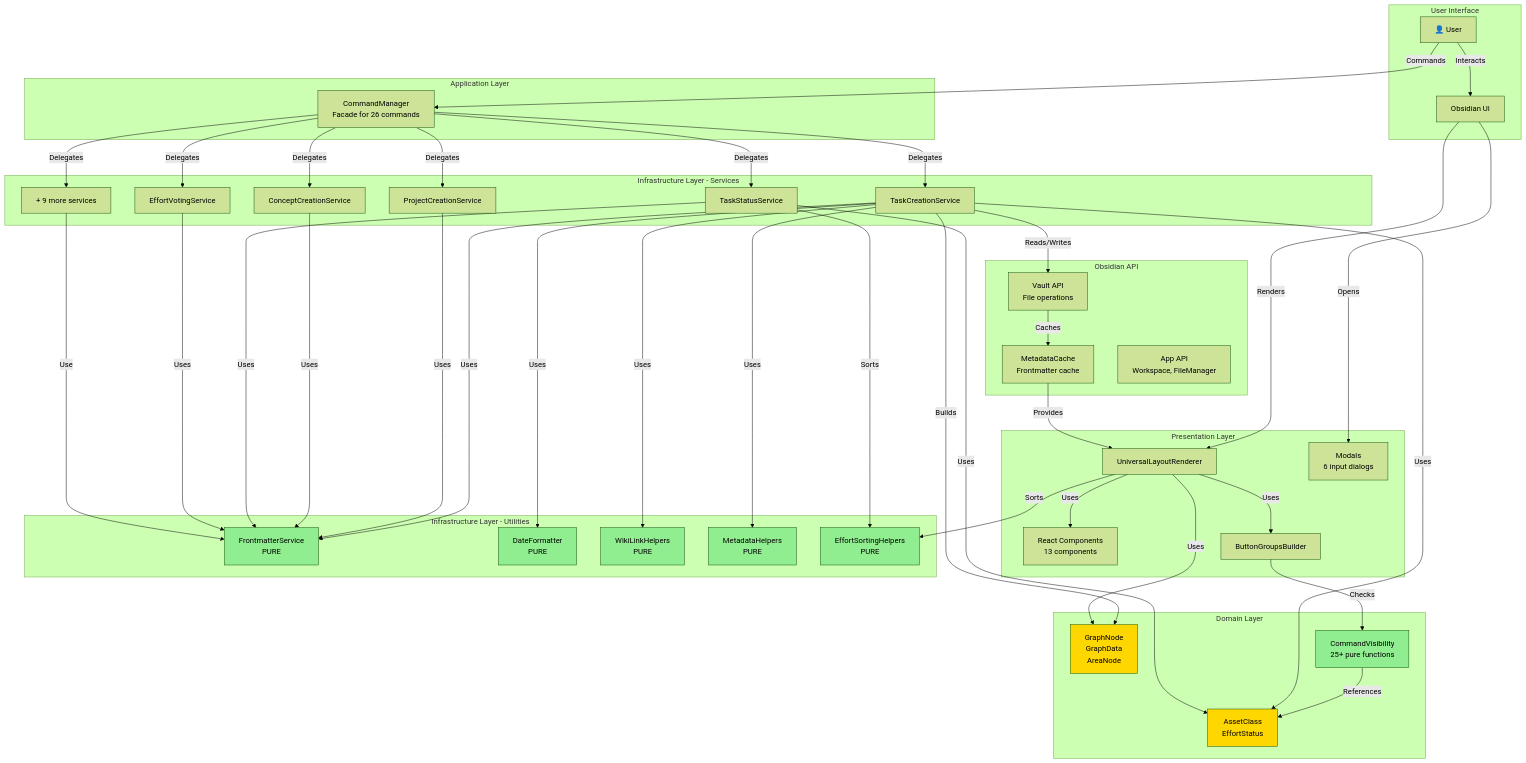
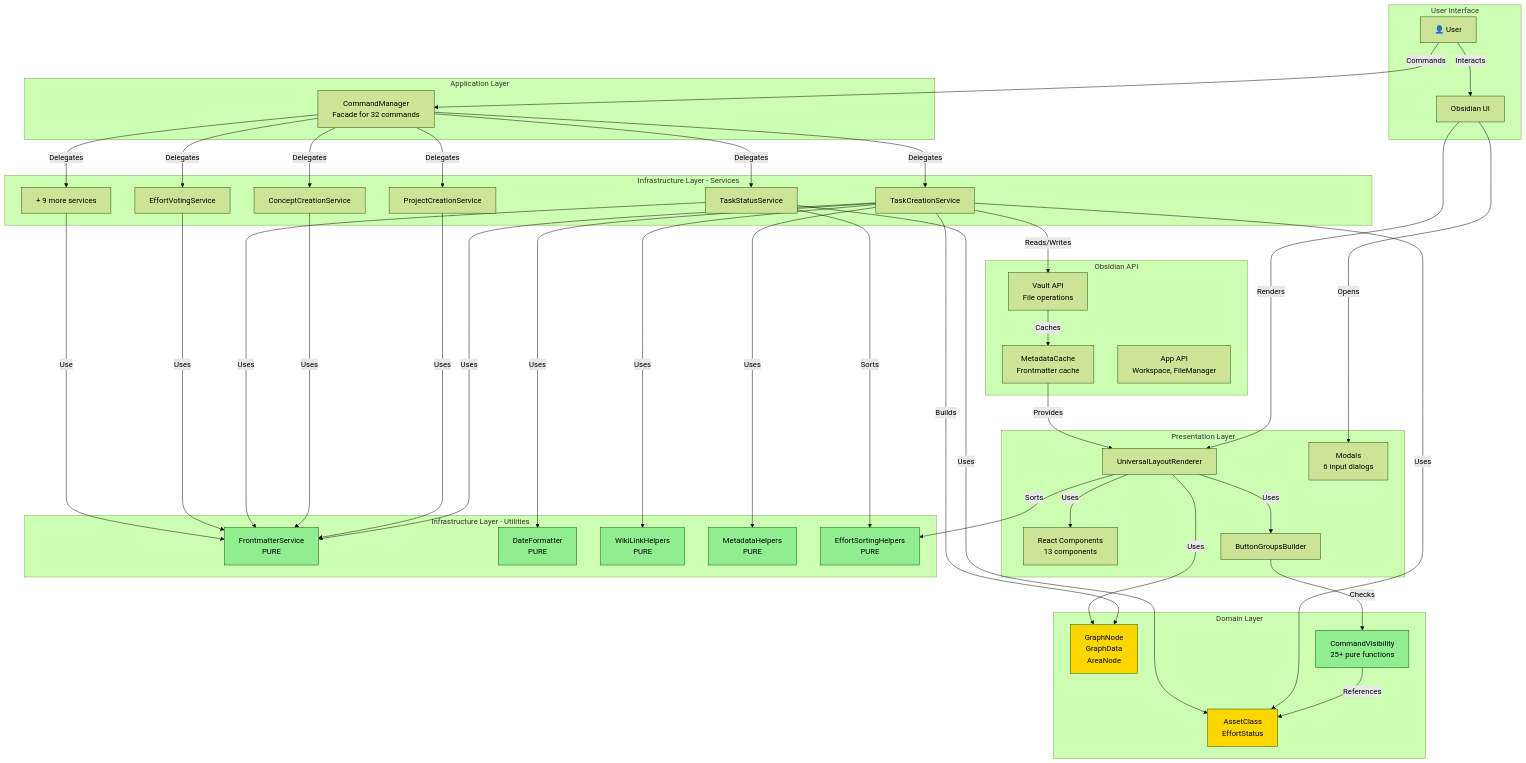
Before and after one commit to kitelev/exocortex-obsidian-plugin: the diagram in docs/diagrams/architecture-overview.mmd, drawn with Mermaid (forest theme). The commit also changed 2 other files, not shown here.

Commit message:
docs: update command count from 26 to 32 in documentation
Update ARCHITECTURE.md, ADR, and architecture diagram to reflect
the actual 32 commands registered in CommandRegistry.ts.

Closes #691

```diff
--- a/docs/diagrams/architecture-overview.mmd
+++ b/docs/diagrams/architecture-overview.mmd
@@ -1,100 +1,100 @@
 %% Exocortex Architecture Overview
 %% High-level system structure with layers
 
 graph TB
     subgraph User Interface
         User[👤 User]
         UI[Obsidian UI]
     end
 
     subgraph Presentation Layer
         Renderer[UniversalLayoutRenderer]
         Components[React Components<br/>13 components]
         Modals[Modals<br/>6 input dialogs]
         Builders[ButtonGroupsBuilder]
     end
 
     subgraph Application Layer
-        CommandMgr[CommandManager<br/>Facade for 26 commands]
+        CommandMgr[CommandManager<br/>Facade for 32 commands]
     end
 
     subgraph Infrastructure Layer - Services
         TaskCreate[TaskCreationService]
         ProjectCreate[ProjectCreationService]
         ConceptCreate[ConceptCreationService]
         TaskStatus[TaskStatusService]
         Voting[EffortVotingService]
         Others[+ 9 more services]
     end
 
     subgraph Infrastructure Layer - Utilities
         Frontmatter[FrontmatterService<br/>PURE]
         DateFmt[DateFormatter<br/>PURE]
         WikiLink[WikiLinkHelpers<br/>PURE]
         MetaHelp[MetadataHelpers<br/>PURE]
         Sorting[EffortSortingHelpers<br/>PURE]
     end
 
     subgraph Domain Layer
         Constants[AssetClass<br/>EffortStatus]
         Models[GraphNode<br/>GraphData<br/>AreaNode]
         Visibility[CommandVisibility<br/>25+ pure functions]
     end
 
     subgraph Obsidian API
         Vault[Vault API<br/>File operations]
         MetaCache[MetadataCache<br/>Frontmatter cache]
         App[App API<br/>Workspace, FileManager]
     end
 
     User -->|Interacts| UI
     UI -->|Renders| Renderer
     UI -->|Opens| Modals
     Renderer -->|Uses| Components
     Renderer -->|Uses| Builders
     Builders -->|Checks| Visibility
 
     User -->|Commands| CommandMgr
     CommandMgr -->|Delegates| TaskCreate
     CommandMgr -->|Delegates| ProjectCreate
     CommandMgr -->|Delegates| ConceptCreate
     CommandMgr -->|Delegates| TaskStatus
     CommandMgr -->|Delegates| Voting
     CommandMgr -->|Delegates| Others
 
     TaskCreate -->|Uses| Frontmatter
     TaskCreate -->|Uses| DateFmt
     TaskCreate -->|Uses| WikiLink
     TaskCreate -->|Uses| MetaHelp
     TaskCreate -->|Reads/Writes| Vault
 
     ProjectCreate -->|Uses| Frontmatter
     ConceptCreate -->|Uses| Frontmatter
     TaskStatus -->|Uses| Frontmatter
     Voting -->|Uses| Frontmatter
     Others -->|Use| Frontmatter
 
     TaskStatus -->|Sorts| Sorting
     Renderer -->|Sorts| Sorting
 
     Visibility -->|References| Constants
     TaskCreate -->|Uses| Constants
     TaskStatus -->|Uses| Constants
 
     TaskCreate -->|Builds| Models
     Renderer -->|Uses| Models
 
     Vault -->|Caches| MetaCache
     MetaCache -->|Provides| Renderer
 
     style Frontmatter fill:#90EE90
     style DateFmt fill:#90EE90
     style WikiLink fill:#90EE90
     style MetaHelp fill:#90EE90
     style Sorting fill:#90EE90
     style Visibility fill:#90EE90
     style Constants fill:#FFD700
     style Models fill:#FFD700
 
     classDef pure fill:#90EE90,stroke:#006400,stroke-width:2px
     classDef domain fill:#FFD700,stroke:#B8860B,stroke-width:2px
```
